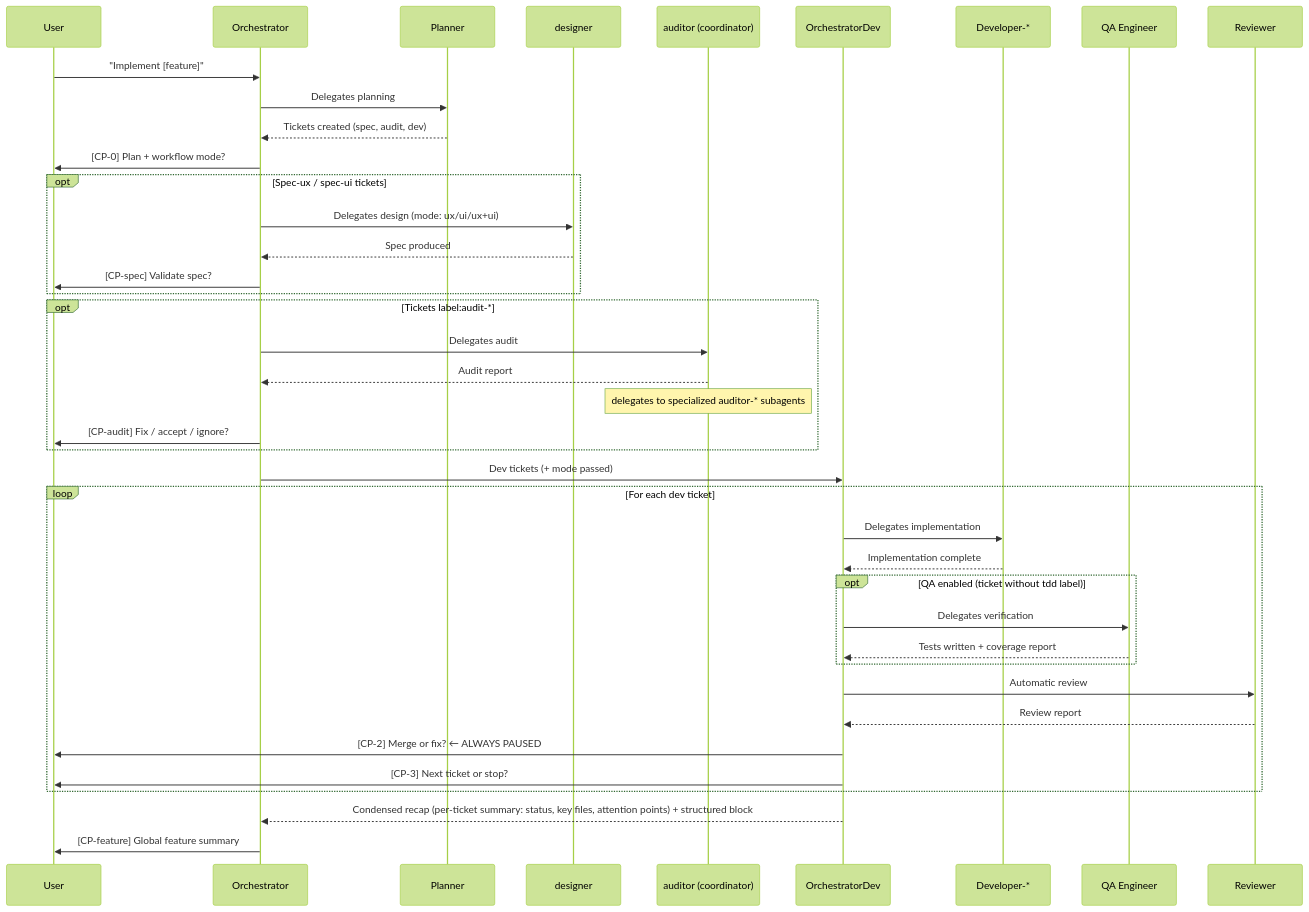
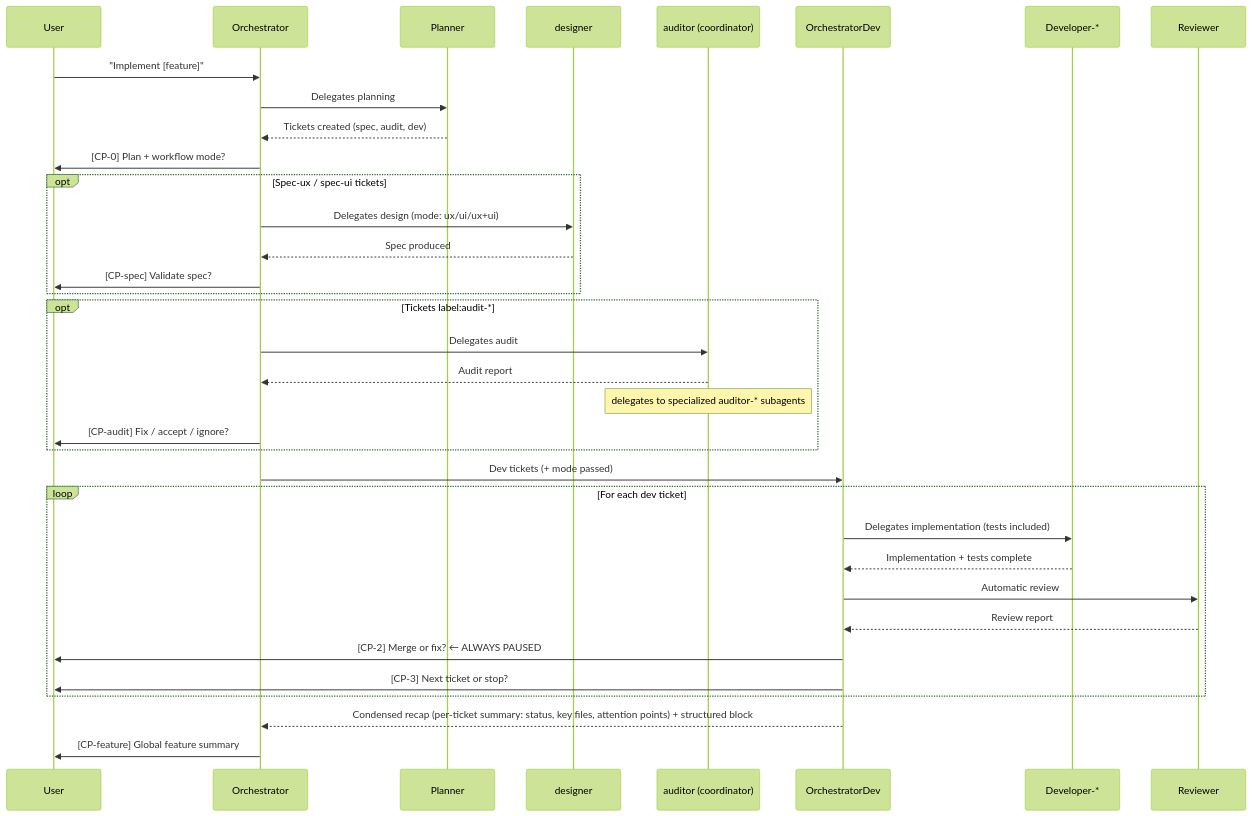
One commit to datichb/openhub changed the second of 3 diagrams in docs/architecture/overview.en.md. Above: the diagram before and after it, drawn with Mermaid (forest theme). The commit also changed other lines of this file and 60 other files, not shown here.

````diff
--- a/docs/architecture/overview.en.md
+++ b/docs/architecture/overview.en.md
@@ -92,47 +92,42 @@
 ```mermaid
 sequenceDiagram
     participant U as User
     participant O as Orchestrator
     participant PL as Planner
     participant DS as designer
     participant AU as auditor (coordinator)
     participant OD as OrchestratorDev
     participant DEV as Developer-*
-    participant QA as QA Engineer
     participant R as Reviewer
 
     U->>O: "Implement [feature]"
     O->>PL: Delegates planning
     PL-->>O: Tickets created (spec, audit, dev)
     O->>U: [CP-0] Plan + workflow mode?
 
     opt Spec-ux / spec-ui tickets
         O->>DS: Delegates design (mode: ux/ui/ux+ui)
         DS-->>O: Spec produced
         O->>U: [CP-spec] Validate spec?
     end
 
     opt Tickets label:audit-*
         O->>AU: Delegates audit
         AU-->>O: Audit report
         Note over AU: delegates to specialized auditor-* subagents
         O->>U: [CP-audit] Fix / accept / ignore?
     end
 
     O->>OD: Dev tickets (+ mode passed)
     loop For each dev ticket
-        OD->>DEV: Delegates implementation
-        DEV-->>OD: Implementation complete
-        opt QA enabled (ticket without tdd label)
-            OD->>QA: Delegates verification
-            QA-->>OD: Tests written + coverage report
-        end
+        OD->>DEV: Delegates implementation (tests included)
+        DEV-->>OD: Implementation + tests complete
         OD->>R: Automatic review
         R-->>OD: Review report
         OD->>U: [CP-2] Merge or fix? ← ALWAYS PAUSED
         OD->>U: [CP-3] Next ticket or stop?
     end
     OD-->>O: Condensed recap (per-ticket summary: status, key files, attention points) + structured block
 
     O->>U: [CP-feature] Global feature summary
 ```
````
